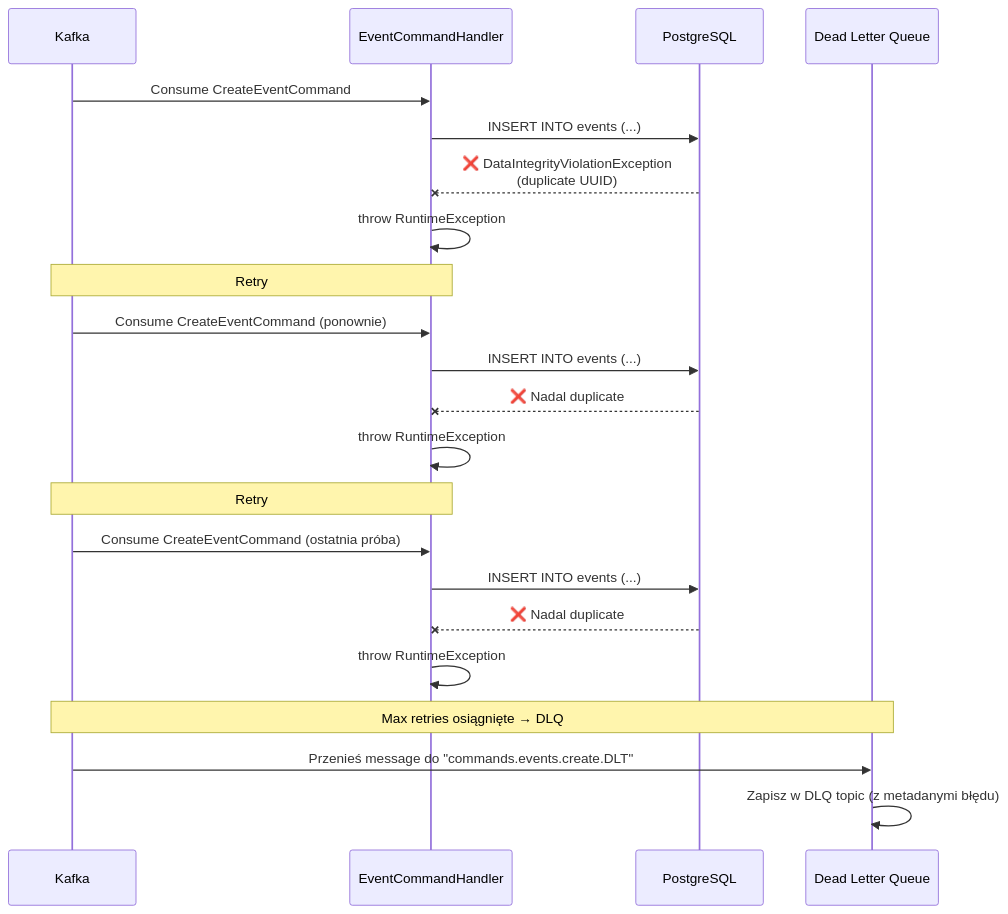
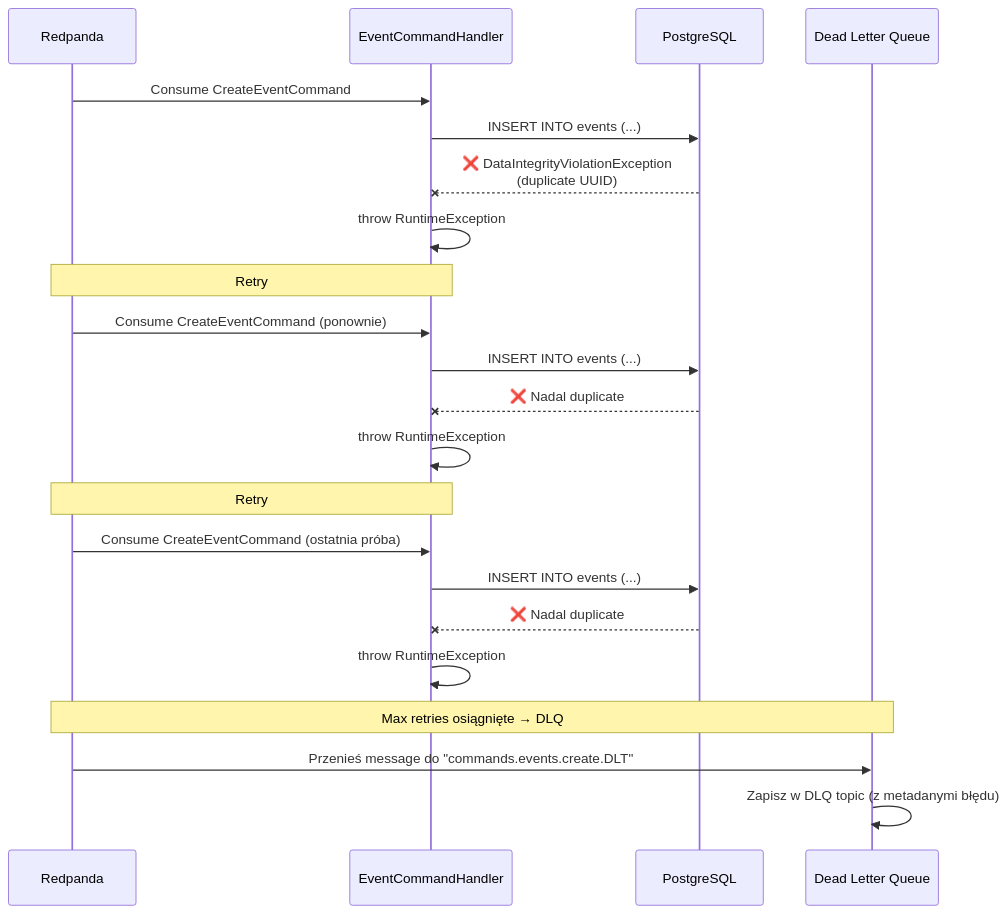
Diagram 11 of 15 in ARCHITEKTURA_SZCZEGOLOWA.md (luksus-pfsw/nuxt-learn), drawn with Mermaid before and after one commit. The commit also changed other lines of this file and 10 other files, not shown here.

````diff
--- a/ARCHITEKTURA_SZCZEGOLOWA.md
+++ b/ARCHITEKTURA_SZCZEGOLOWA.md
@@ -1850,31 +1908,31 @@
 ```mermaid
 sequenceDiagram
-    participant Kafka
+    participant Redpanda
     participant CH as EventCommandHandler
     participant PG as PostgreSQL
     participant DLQ as Dead Letter Queue
     
-    Kafka->>CH: Consume CreateEventCommand
+    Redpanda->>CH: Consume CreateEventCommand
     CH->>PG: INSERT INTO events (...)
     PG--xCH: ❌ DataIntegrityViolationException<br/>(duplicate UUID)
     CH->>CH: throw RuntimeException
     
-    Note over Kafka,CH: Retry #1 (czekaj 1s)
+    Note over Redpanda,CH: Retry #1 (czekaj 1s)
     
-    Kafka->>CH: Consume CreateEventCommand (ponownie)
+    Redpanda->>CH: Consume CreateEventCommand (ponownie)
     CH->>PG: INSERT INTO events (...)
     PG--xCH: ❌ Nadal duplicate
     CH->>CH: throw RuntimeException
     
-    Note over Kafka,CH: Retry #2 (czekaj 1s)
+    Note over Redpanda,CH: Retry #2 (czekaj 1s)
     
-    Kafka->>CH: Consume CreateEventCommand (ostatnia próba)
+    Redpanda->>CH: Consume CreateEventCommand (ostatnia próba)
     CH->>PG: INSERT INTO events (...)
     PG--xCH: ❌ Nadal duplicate
     CH->>CH: throw RuntimeException
     
-    Note over Kafka,DLQ: Max retries osiągnięte → DLQ
+    Note over Redpanda,DLQ: Max retries osiągnięte → DLQ
     
-    Kafka->>DLQ: Przenieś message do "commands.events.create.DLT"
+    Redpanda->>DLQ: Przenieś message do "commands.events.create.DLT"
     DLQ->>DLQ: Zapisz w DLQ topic (z metadanymi błędu)
 ```
````
